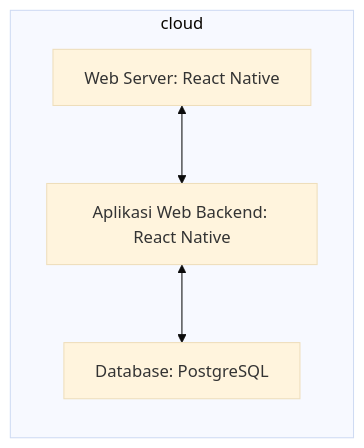
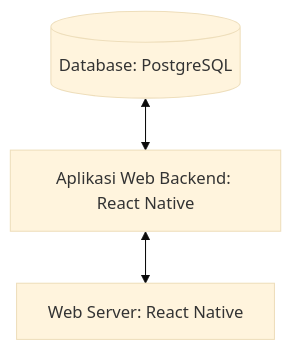
One commit to Nightroom/Memoryasmaulhusna.github.io changed the second of 2 diagrams in review.md. Above: the diagram before and after it, drawn with Mermaid (base theme).

````diff
--- a/review.md
+++ b/review.md
@@ -62,7 +62,4 @@
 ```mermaid
-flowchart BT 
-  subgraph cloud
-    B[Web Server: React Native ] <--> C[Aplikasi Web Backend: React Native] <--> A[Database: PostgreSQL] 
-
-  end
+flowchart TD
+    id1[(Database: PostgreSQL)] <--> id2[Aplikasi Web Backend: React Native] <--> id3[Web Server: React Native]  
 ```
````
